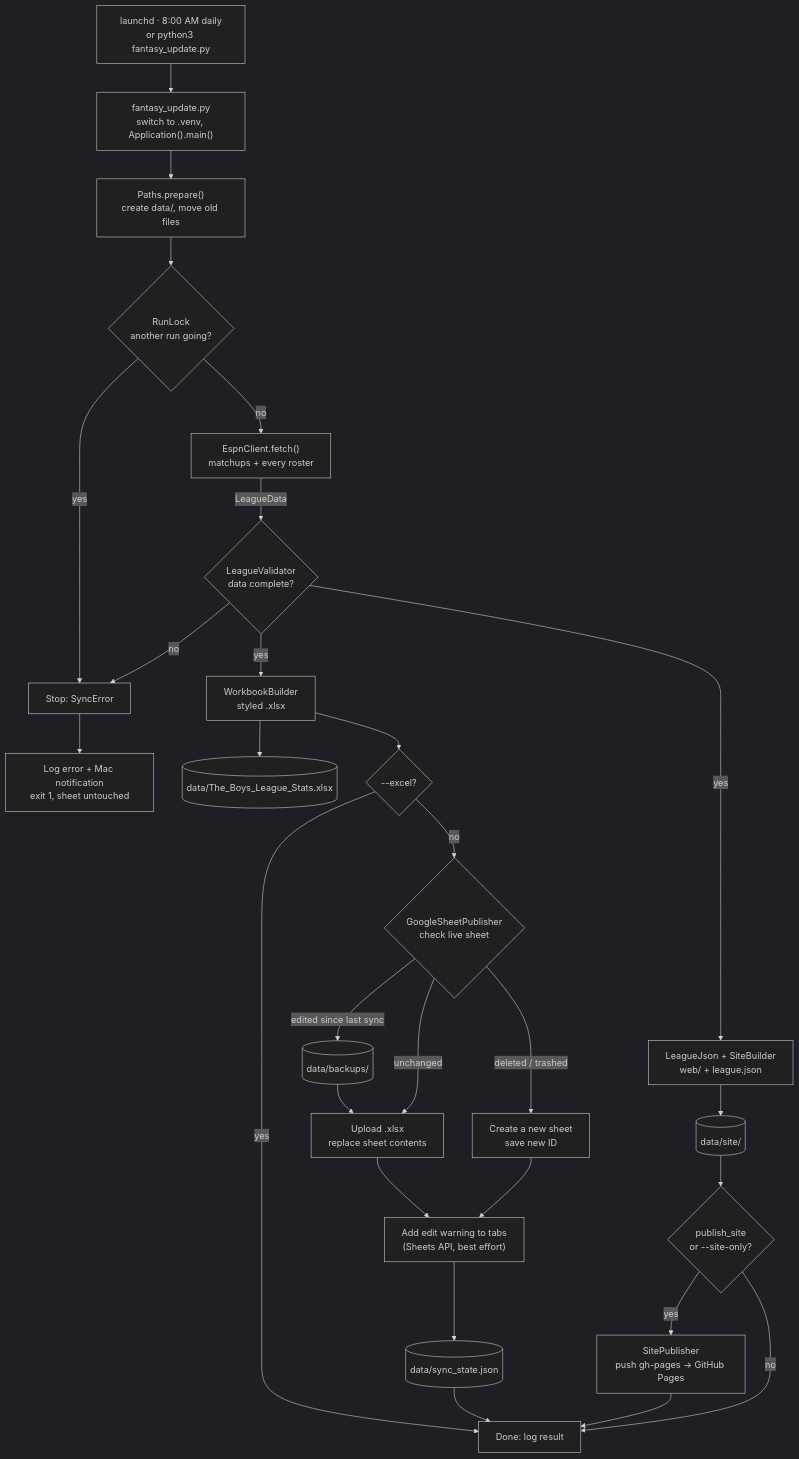
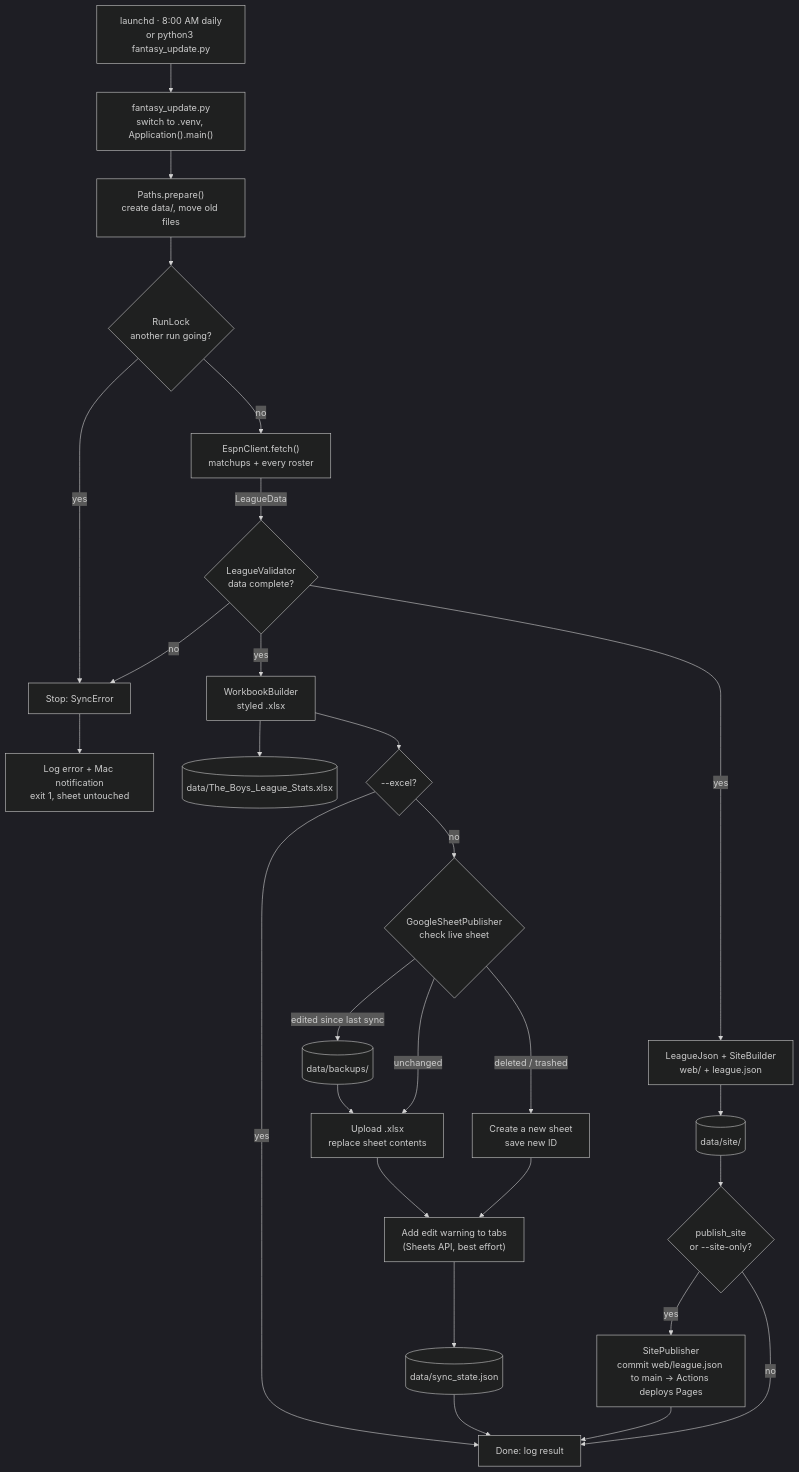
The diagram in docs/ARCHITECTURE.md (renkecui/FantasyReport), drawn with Mermaid (dark theme) before and after one commit. The commit also changed other lines of this file and 8 other files, not shown here.

First line of the commit message:
Publish the website from main instead of a gh-pages branch

````diff
--- a/docs/ARCHITECTURE.md
+++ b/docs/ARCHITECTURE.md
@@ -3,30 +3,30 @@
 ```mermaid
 flowchart TD
     S["launchd · 8:00 AM daily<br/>or python3 fantasy_update.py"] --> E["fantasy_update.py<br/>switch to .venv, Application().main()"]
     E --> P["Paths.prepare()<br/>create data/, move old files"]
     P --> K{"RunLock<br/>another run going?"}
     K -- yes --> X["Stop: SyncError"]
     K -- no --> C["EspnClient.fetch()<br/>matchups + every roster"]
     C -- "LeagueData" --> V{"LeagueValidator<br/>data complete?"}
     V -- no --> X
     V -- yes --> W["WorkbookBuilder<br/>styled .xlsx"]
     W --> L[("data/The_Boys_League_Stats.xlsx")]
     V -- yes --> SE["LeagueJson + SiteBuilder<br/>web/ + league.json"]
     SE --> SD[("data/site/")]
     SD --> SP{"publish_site<br/>or --site-only?"}
-    SP -- yes --> GP["SitePublisher<br/>push gh-pages → GitHub Pages"]
+    SP -- yes --> GP["SitePublisher<br/>commit web/league.json to main → Actions deploys Pages"]
     SP -- no --> D
     GP --> D
     W --> G{"--excel?"}
     G -- yes --> D["Done: log result"]
     G -- no --> CK{"GoogleSheetPublisher<br/>check live sheet"}
     CK -- "edited since last sync" --> B[("data/backups/")]
     B --> U
     CK -- "unchanged" --> U["Upload .xlsx<br/>replace sheet contents"]
     CK -- "deleted / trashed" --> N["Create a new sheet<br/>save new ID"]
     N --> PR
     U --> PR["Add edit warning to tabs<br/>(Sheets API, best effort)"]
     PR --> ST[("data/sync_state.json")]
     ST --> D
     X --> M["Log error + Mac notification<br/>exit 1, sheet untouched"]
 ```
````
